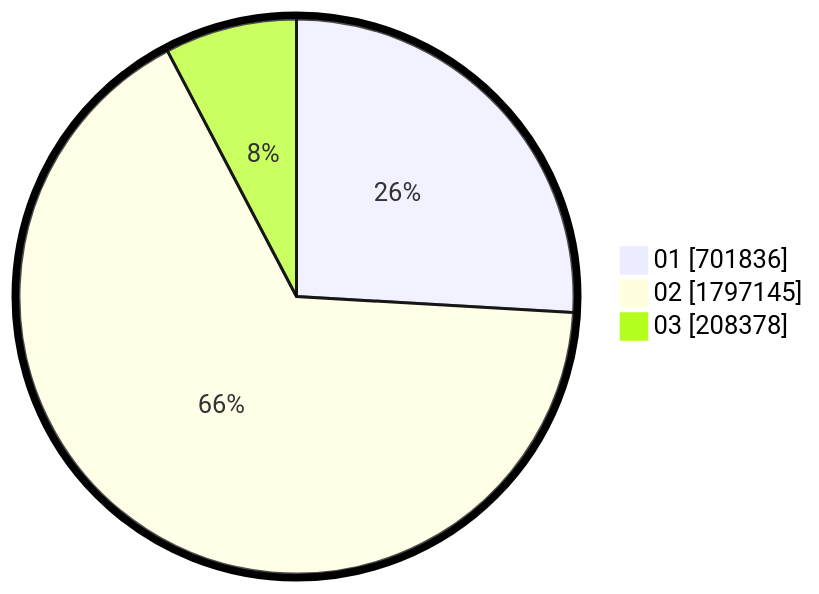
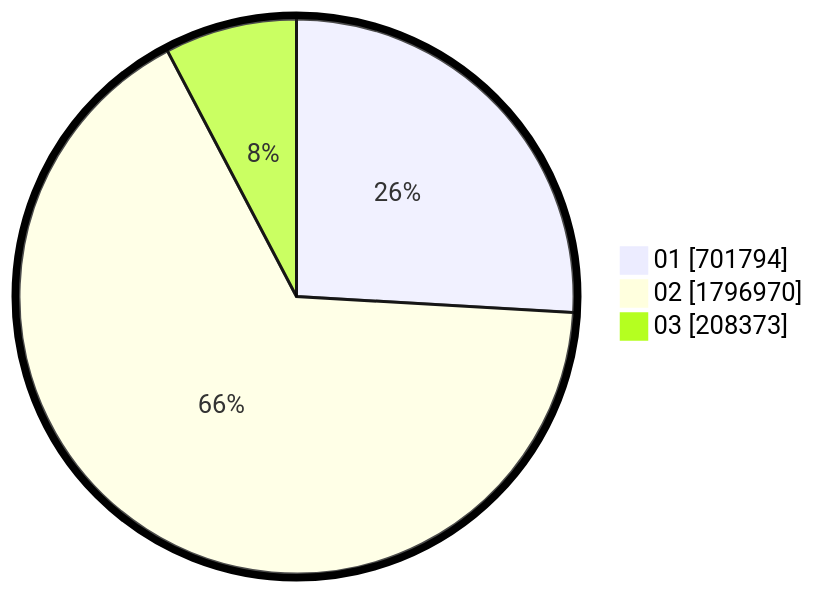
One commit to gigit-pemilu/pemilu-2024 changed the second of 2 diagrams in pilpres/hitung-suara/sub/table-wilayah-52.md. Above: the diagram before and after it, drawn with Mermaid. The commit also changed other lines of this file and 6 other files, not shown here.

````diff
--- a/pilpres/hitung-suara/sub/table-wilayah-52.md
+++ b/pilpres/hitung-suara/sub/table-wilayah-52.md
@@ -15,7 +15,7 @@
 ```mermaid
 %%{init: {"pie": {"textPosition": 0.5}, "themeVariables": {"pieOuterStrokeWidth": "5px"}} }%%
 pie showData
-    "01" : 701836
-    "02" : 1797145
-    "03" : 208378
+    "01" : 701794
+    "02" : 1796970
+    "03" : 208373
 ```
````
